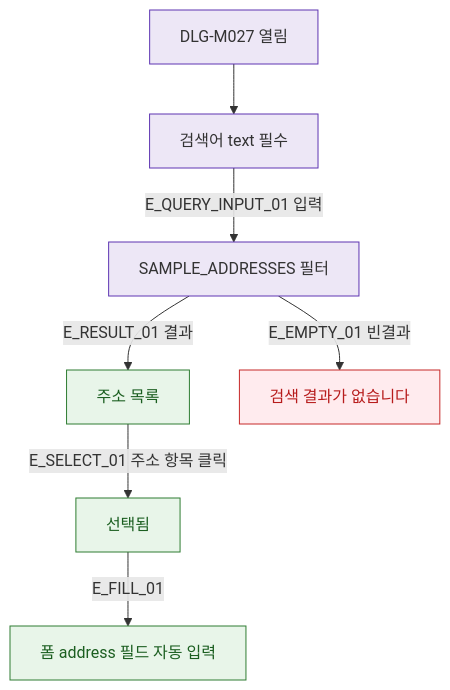
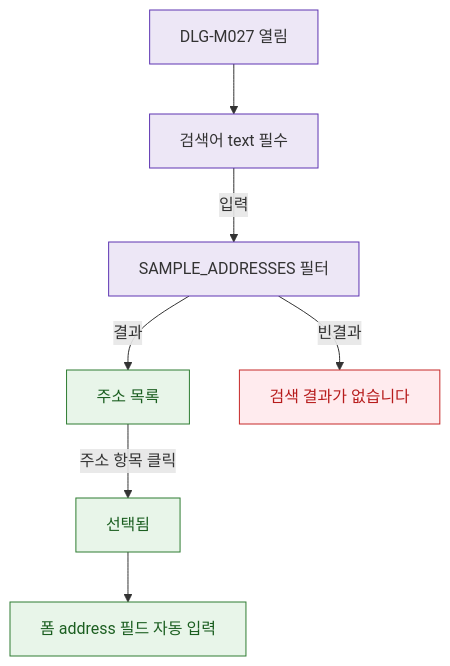
The diagram in docs/다이어그램/D02_회원관리/DLG/DLG-M027_주소검색/M2_필드검증.md (dev-spogym/admin-pando), drawn with Mermaid before and after one commit. The commit also changed other lines of this file and 1660 other files, not shown here.

First line of the commit message:
다이어그램: 기획자/클라이언트 납품본으로 정리

````diff
--- a/docs/다이어그램/D02_회원관리/DLG/DLG-M027_주소검색/M2_필드검증.md
+++ b/docs/다이어그램/D02_회원관리/DLG/DLG-M027_주소검색/M2_필드검증.md
@@ -22,21 +20,21 @@
 ```mermaid
 flowchart TD
   DLG[DLG-M027 열림]
 
   DLG --> FLD_QUERY[검색어 text 필수]
 
-  FLD_QUERY -->|E_QUERY_INPUT_01 입력| SEARCH[SAMPLE_ADDRESSES 필터]
-  SEARCH    -->|E_RESULT_01 결과| RESULT_LIST[주소 목록]
-  SEARCH    -->|E_EMPTY_01 빈결과| RESULT_EMPTY[검색 결과가 없습니다]
+  FLD_QUERY -->|입력|SEARCH[SAMPLE_ADDRESSES 필터]
+  SEARCH -->|결과|RESULT_LIST[주소 목록]
+  SEARCH -->|빈결과|RESULT_EMPTY[검색 결과가 없습니다]
 
-  RESULT_LIST -->|E_SELECT_01 주소 항목 클릭| SELECTED[선택됨]
-  SELECTED    -->|E_FILL_01| FORM_FILL[폼 address 필드 자동 입력]
+  RESULT_LIST -->|주소 항목 클릭|SELECTED[선택됨]
+  SELECTED --> FORM_FILL[폼 address 필드 자동 입력]
 
-  classDef system  fill:#EDE7F6,stroke:#5E35B2
+  classDef system fill:#EDE7F6,stroke:#5E35B2
   classDef success fill:#E8F5E9,stroke:#2E7D32,color:#1B5E20
-  classDef error   fill:#FFEBEE,stroke:#C62828,color:#B71C1C
+  classDef error fill:#FFEBEE,stroke:#C62828,color:#B71C1C
 
   class DLG,FLD_QUERY,SEARCH system
   class RESULT_LIST,SELECTED,FORM_FILL success
   class RESULT_EMPTY error
 ```
````
